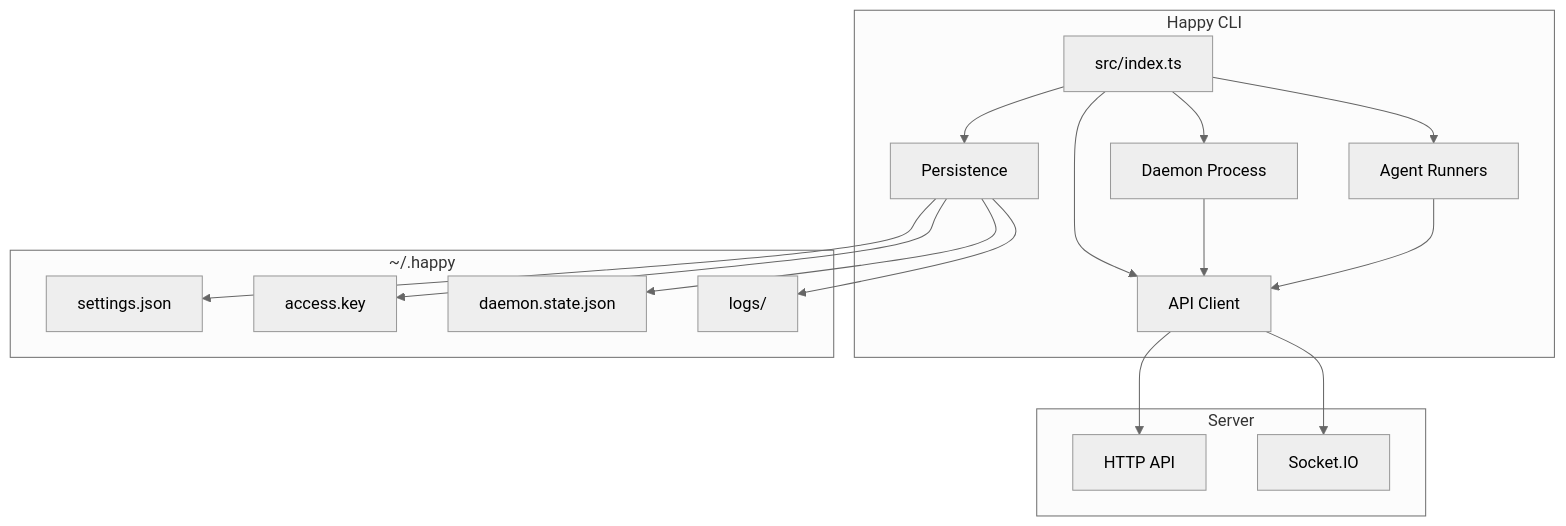
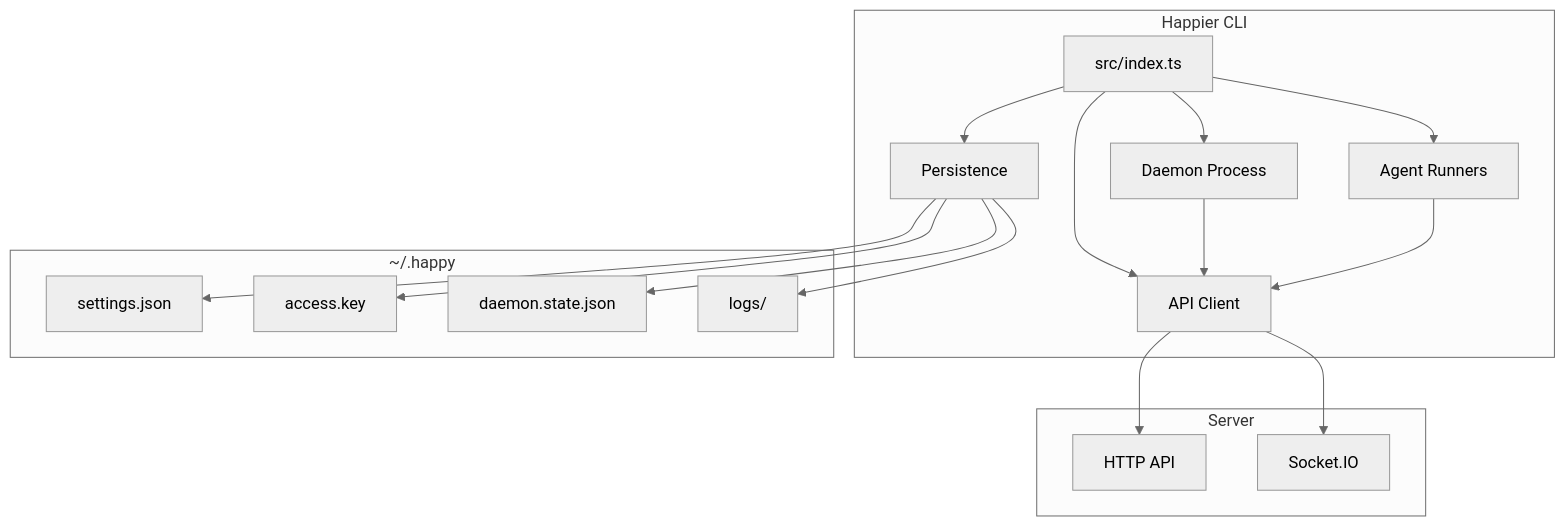
One commit to happier-dev/happier changed the first of 12 diagrams in docs/cli-architecture.md. Above: the diagram before and after it, drawn with Mermaid (neutral theme). The commit also changed other lines of this file and 79 other files, not shown here.

First line of the commit message:
chore(rebrand): rename Happy to Happier across repo

````diff
--- a/docs/cli-architecture.md
+++ b/docs/cli-architecture.md
@@ -7,33 +7,33 @@
 ```mermaid
 graph TB
-    subgraph "Happy CLI"
+    subgraph "Happier CLI"
         Entry[src/index.ts]
         API[API Client]
         Daemon[Daemon Process]
         Agents[Agent Runners]
         Persist[Persistence]
     end
 
     subgraph "~/.happy"
         Settings[settings.json]
         AccessKey[access.key]
         DaemonState[daemon.state.json]
         Logs[logs/]
     end
 
     subgraph Server
         HTTP[HTTP API]
         Socket[Socket.IO]
     end
 
     Entry --> API
     Entry --> Daemon
     Entry --> Agents
     Entry --> Persist
 
     Persist --> Settings & AccessKey & DaemonState & Logs
 
     API --> HTTP & Socket
     Daemon --> API
     Agents --> API
 ```
````
